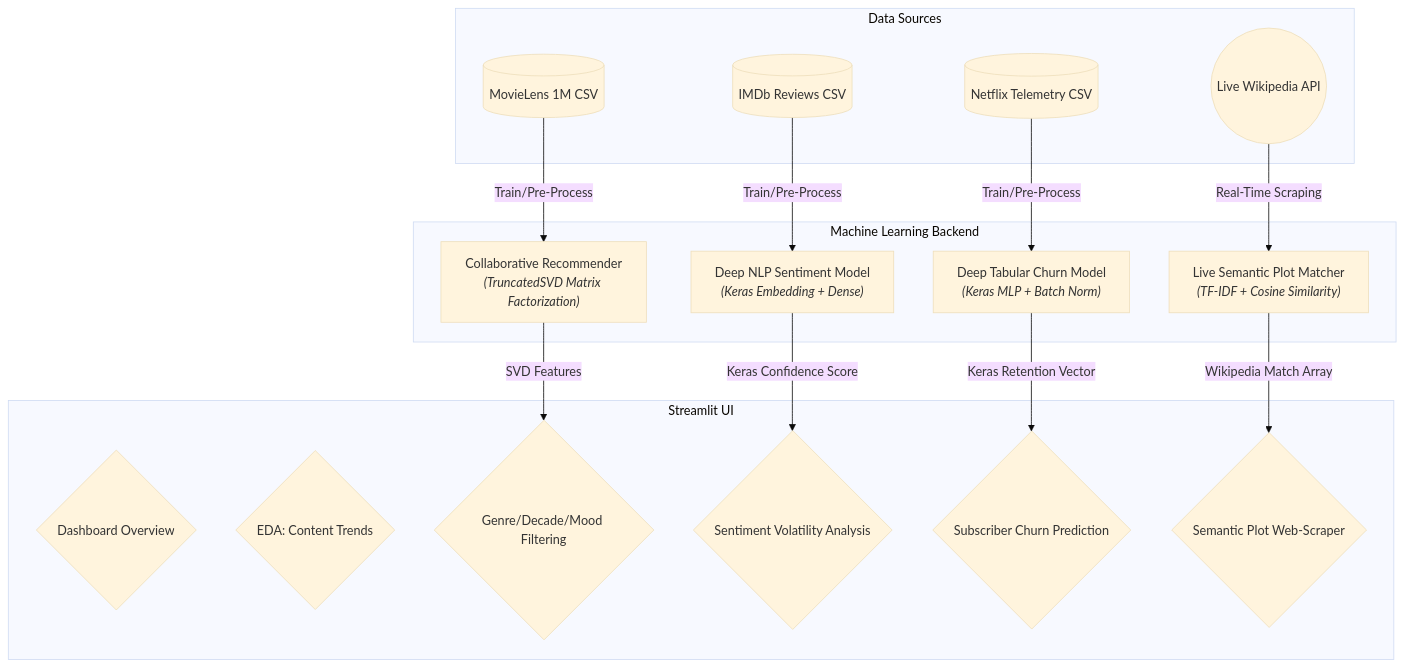
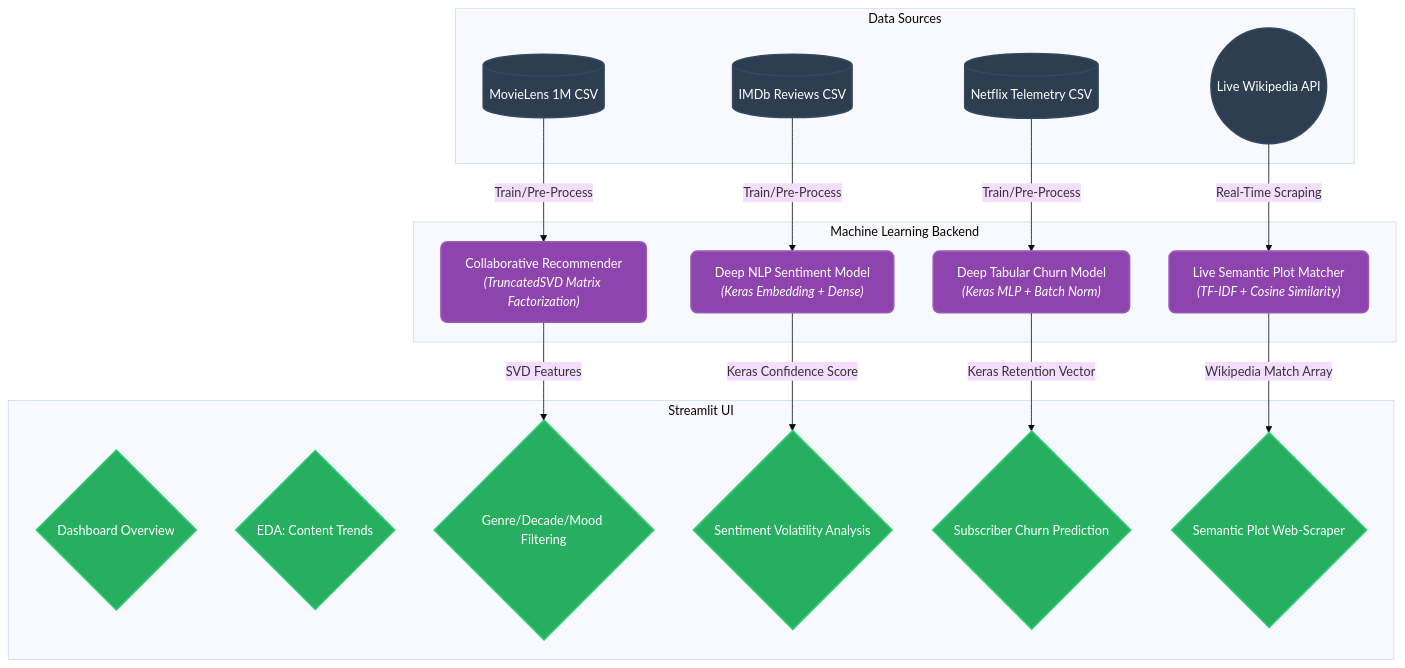
Before and after one commit to VivekDave007/CineSenseAI: the diagram in README.md, drawn with Mermaid (base theme).

Commit message:
Phase 12: Colorized Mermaid architecture diagram for better visibility

````diff
--- a/README.md
+++ b/README.md
@@ -21,40 +21,45 @@
 ```mermaid
 graph TD
+    %% Custom Styling
+    classDef data fill:#2C3E50,stroke:#34495E,stroke-width:2px,color:#fff,rx:8px,ry:8px;
+    classDef model fill:#8E44AD,stroke:#9B59B6,stroke-width:2px,color:#fff,rx:8px,ry:8px;
+    classDef ui fill:#27AE60,stroke:#2ECC71,stroke-width:2px,color:#fff,rx:15px,ry:15px;
+
     %% Define Sources
     subgraph Data Sources
-        DS1[("Netflix Telemetry CSV")]
-        DS2[("IMDb Reviews CSV")]
-        DS3[("MovieLens 1M CSV")]
-        DS4(("Live Wikipedia API"))
+        DS1[("Netflix Telemetry CSV")]:::data
+        DS2[("IMDb Reviews CSV")]:::data
+        DS3[("MovieLens 1M CSV")]:::data
+        DS4(("Live Wikipedia API")):::data
     end
 
     %% Define ML Backend Models
     subgraph Machine Learning Backend
-        ML1["Deep Tabular Churn Model<br><i>(Keras MLP + Batch Norm)</i>"]
-        ML2["Deep NLP Sentiment Model<br><i>(Keras Embedding + Dense)</i>"]
-        ML3["Collaborative Recommender<br><i>(TruncatedSVD Matrix Factorization)</i>"]
-        ML4["Live Semantic Plot Matcher<br><i>(TF-IDF + Cosine Similarity)</i>"]
+        ML1["Deep Tabular Churn Model<br><i>(Keras MLP + Batch Norm)</i>"]:::model
+        ML2["Deep NLP Sentiment Model<br><i>(Keras Embedding + Dense)</i>"]:::model
+        ML3["Collaborative Recommender<br><i>(TruncatedSVD Matrix Factorization)</i>"]:::model
+        ML4["Live Semantic Plot Matcher<br><i>(TF-IDF + Cosine Similarity)</i>"]:::model
     end
 
     %% Connect Sources to Models
     DS1 -->|"Train/Pre-Process"| ML1
     DS2 -->|"Train/Pre-Process"| ML2
     DS3 -->|"Train/Pre-Process"| ML3
     DS4 -->|"Real-Time Scraping"| ML4
 
     %% Define Streamlit Frontend
     subgraph Streamlit UI
-        UI1{"Dashboard Overview"}
-        UI2{"EDA: Content Trends"}
-        UI3{"Genre/Decade/Mood Filtering"}
-        UI4{"Sentiment Volatility Analysis"}
-        UI5{"Subscriber Churn Prediction"}
-        UI6{"Semantic Plot Web-Scraper"}
+        UI1{"Dashboard Overview"}:::ui
+        UI2{"EDA: Content Trends"}:::ui
+        UI3{"Genre/Decade/Mood Filtering"}:::ui
+        UI4{"Sentiment Volatility Analysis"}:::ui
+        UI5{"Subscriber Churn Prediction"}:::ui
+        UI6{"Semantic Plot Web-Scraper"}:::ui
     end
 
     %% Connect Models to UI
     ML3 -->|"SVD Features"| UI3
     ML2 -->|"Keras Confidence Score"| UI4
     ML1 -->|"Keras Retention Vector"| UI5
     ML4 -->|"Wikipedia Match Array"| UI6
 ```
````
